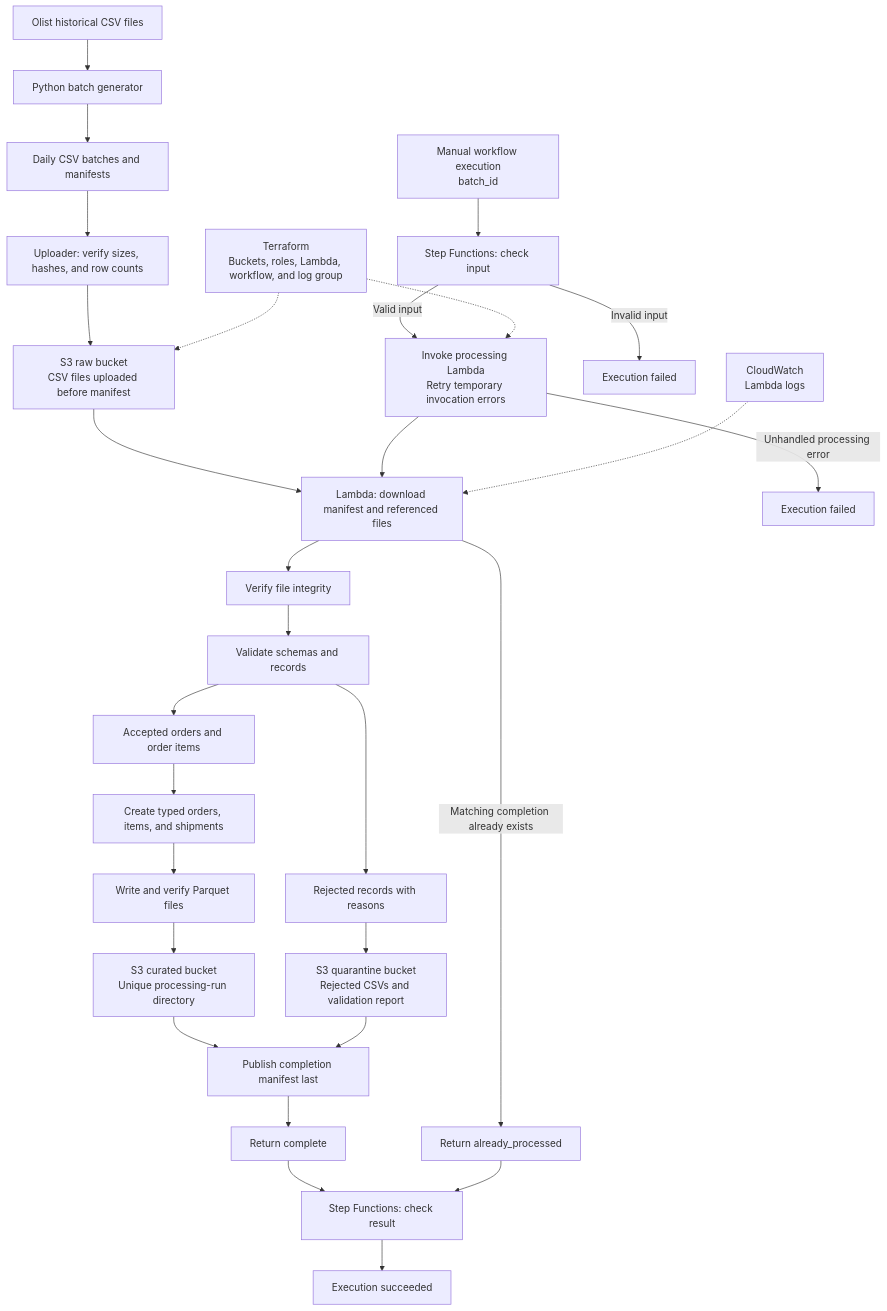
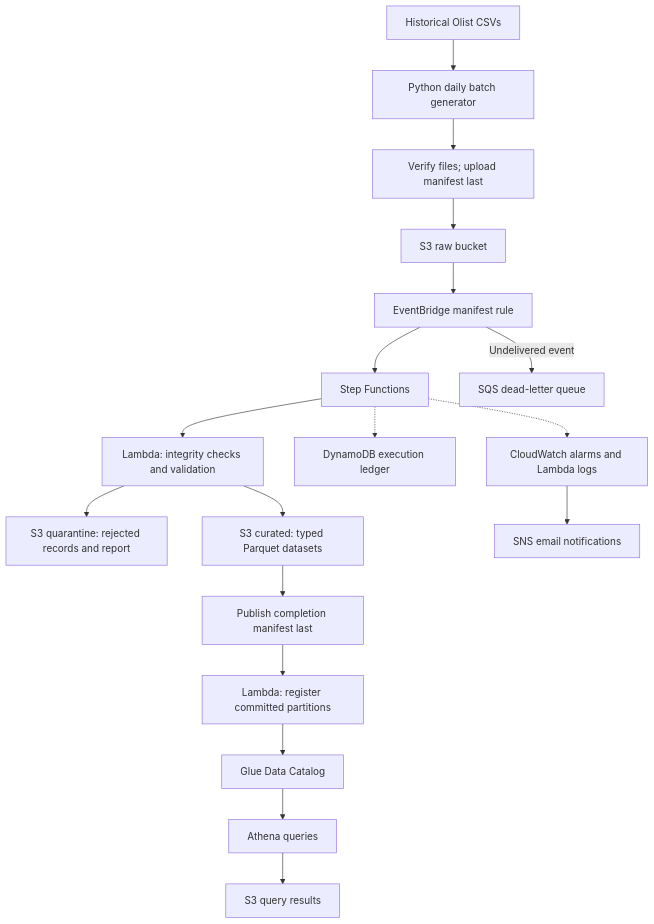
One commit to SuhasR57/Supply-Chain_Data-Lake changed the diagram in README.md. Above: the diagram before and after it, drawn with Mermaid. The commit also changed other lines of this file and 6 other files, not shown here.

````diff
--- a/README.md
+++ b/README.md
@@ -59,40 +9,24 @@
 ```mermaid
 flowchart TD
-    SOURCE["Olist historical CSV files"] --> GENERATOR["Python batch generator"]
-    GENERATOR --> LOCAL["Daily CSV batches and manifests"]
-    LOCAL --> UPLOADER["Uploader: verify sizes, hashes, and row counts"]
-    UPLOADER --> RAW["S3 raw bucket<br/>CSV files uploaded before manifest"]
+    SOURCE["Historical Olist CSVs"] --> GENERATOR["Python daily batch generator"]
+    GENERATOR --> UPLOAD["Verify files; upload manifest last"]
+    UPLOAD --> RAW["S3 raw bucket"]
 
-    MANUAL["Manual workflow execution<br/>batch_id"] --> CHECK["Step Functions: check input"]
-    CHECK -->|Valid input| TASK["Invoke processing Lambda<br/>Retry temporary invocation errors"]
-    CHECK -->|Invalid input| INVALID["Execution failed"]
+    RAW --> EVENTS["EventBridge manifest rule"]
+    EVENTS --> WORKFLOW["Step Functions"]
+    EVENTS -->|Undelivered event| DLQ["SQS dead-letter queue"]
 
-    RAW --> DOWNLOAD["Lambda: download manifest and referenced files"]
-    TASK --> DOWNLOAD
-    DOWNLOAD --> INTEGRITY["Verify file integrity"]
-    INTEGRITY --> VALIDATE["Validate schemas and records"]
+    WORKFLOW --> PROCESS["Lambda: integrity checks and validation"]
+    PROCESS --> QUARANTINE["S3 quarantine: rejected records and report"]
+    PROCESS --> CURATED["S3 curated: typed Parquet datasets"]
+    CURATED --> COMMIT["Publish completion manifest last"]
 
-    VALIDATE --> ACCEPTED["Accepted orders and order items"]
-    VALIDATE --> REJECTED["Rejected records with reasons"]
+    COMMIT --> REGISTER["Lambda: register committed partitions"]
+    REGISTER --> GLUE["Glue Data Catalog"]
+    GLUE --> ATHENA["Athena queries"]
+    ATHENA --> RESULTS["S3 query results"]
 
-    ACCEPTED --> TRANSFORM["Create typed orders, items, and shipments"]
-    TRANSFORM --> VERIFY["Write and verify Parquet files"]
-    VERIFY --> CURATED["S3 curated bucket<br/>Unique processing-run directory"]
-
-    REJECTED --> QUARANTINE["S3 quarantine bucket<br/>Rejected CSVs and validation report"]
-
-    CURATED --> COMMIT["Publish completion manifest last"]
-    QUARANTINE --> COMMIT
-
-    COMMIT --> RESULT["Return complete"]
-    DOWNLOAD -->|Matching completion already exists| SKIP["Return already_processed"]
-
-    RESULT --> STATUS["Step Functions: check result"]
-    SKIP --> STATUS
-    STATUS --> SUCCESS["Execution succeeded"]
-    TASK -->|Unhandled processing error| FAILED["Execution failed"]
-
-    LAMBDA_LOGS["CloudWatch<br/>Lambda logs"] -.-> DOWNLOAD
-    TERRAFORM["Terraform<br/>Buckets, roles, Lambda, workflow, and log group"] -.-> RAW
-    TERRAFORM -.-> TASK
+    WORKFLOW -.-> LEDGER["DynamoDB execution ledger"]
+    WORKFLOW -.-> MONITOR["CloudWatch alarms and Lambda logs"]
+    MONITOR --> SNS["SNS email notifications"]
 ```
````
